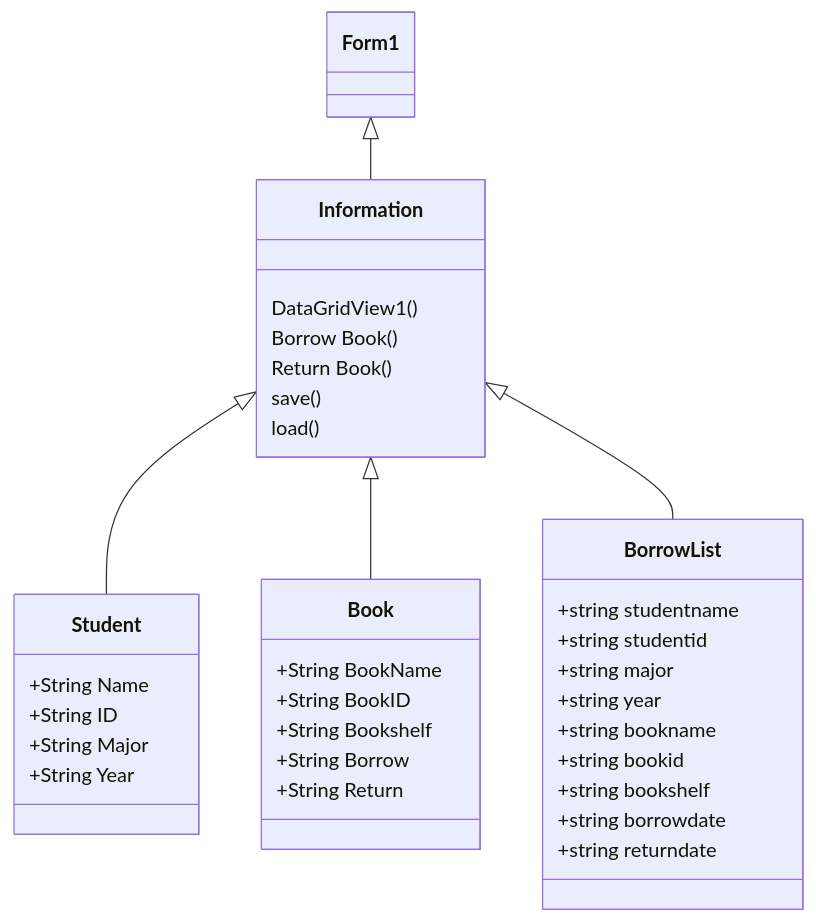
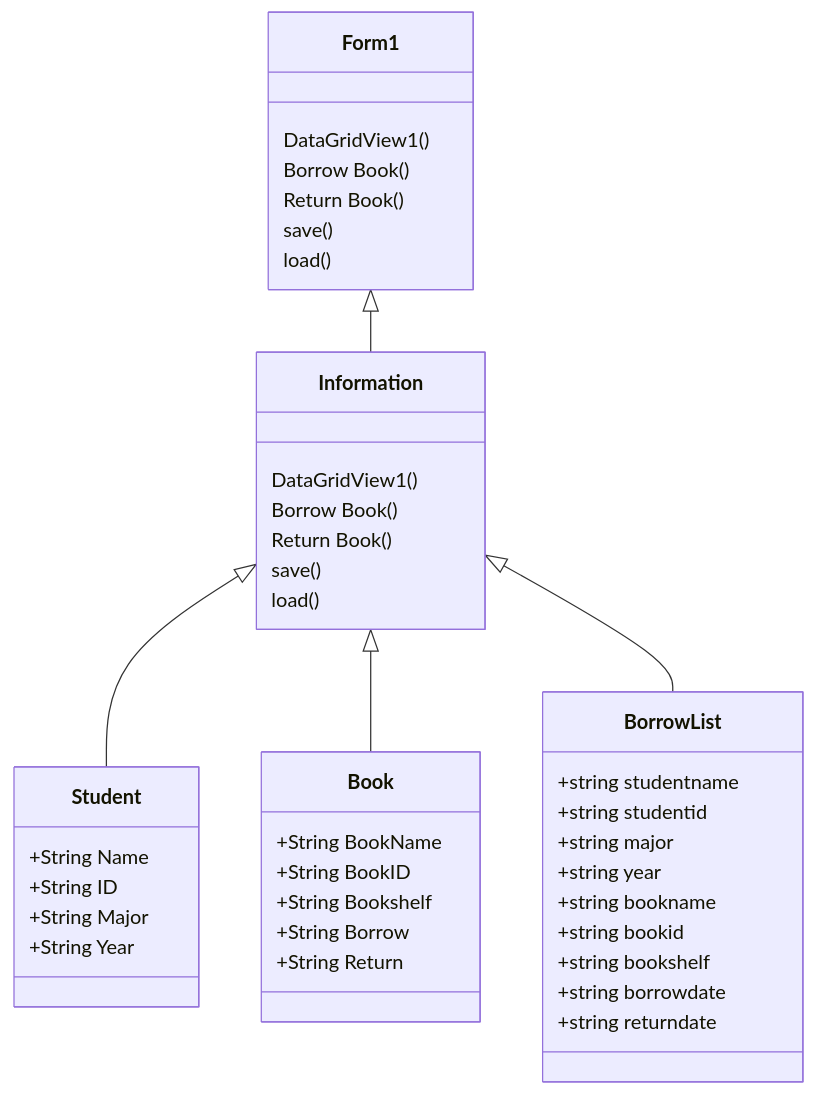
One commit to bbxxaxxm/Finalnatnicha changed the diagram in README.md. Above: the diagram before and after it, drawn with Mermaid.

````diff
--- a/README.md
+++ b/README.md
@@ -9,36 +9,41 @@
 ```mermaid
 classDiagram
     Form1 <|-- Information
+    Form1 : DataGridView1()
+    Form1 : Borrow Book()
+    Form1 : Return Book()
+    Form1 : save()
+    Form1 : load()
     Information <|-- Student
     Information <|-- Book
     Information <|-- BorrowList
     Information : DataGridView1()
     Information : Borrow Book()
     Information: Return Book()
     Information: save()
     Information: load()
     class Student{
         +String Name
         +String ID
         +String Major
         +String Year
     }
     class Book{
         +String BookName
         +String BookID
         +String Bookshelf
         +String Borrow
         +String Return
     }
     class BorrowList{
         +string studentname
         +string studentid
         +string major
         +string year
         +string bookname
         +string bookid
         +string bookshelf
         +string borrowdate
         +string returndate
     }
 ```
````
